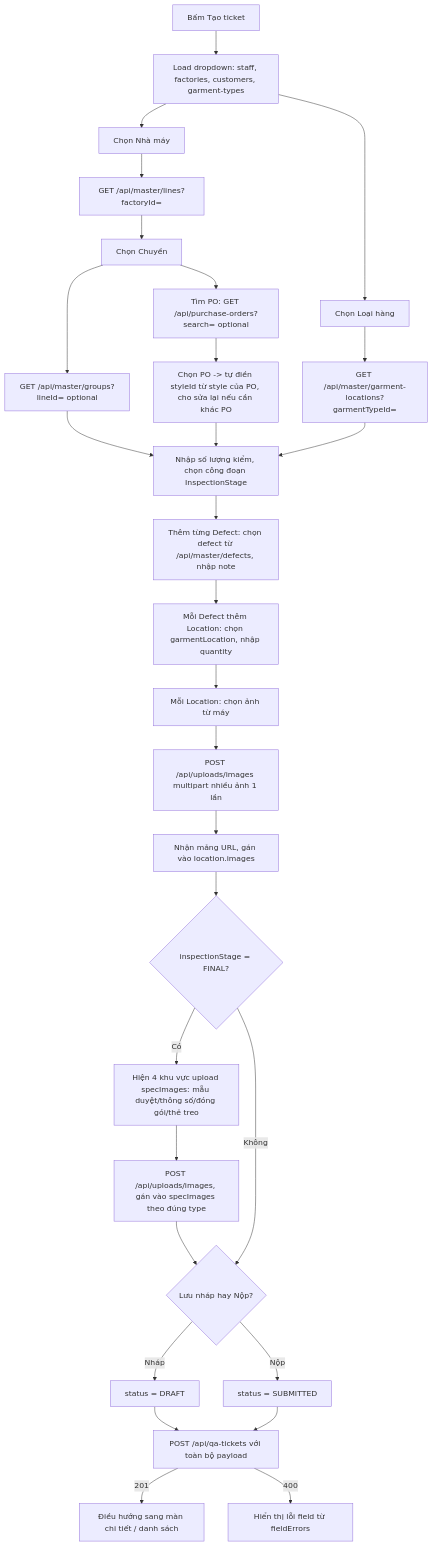
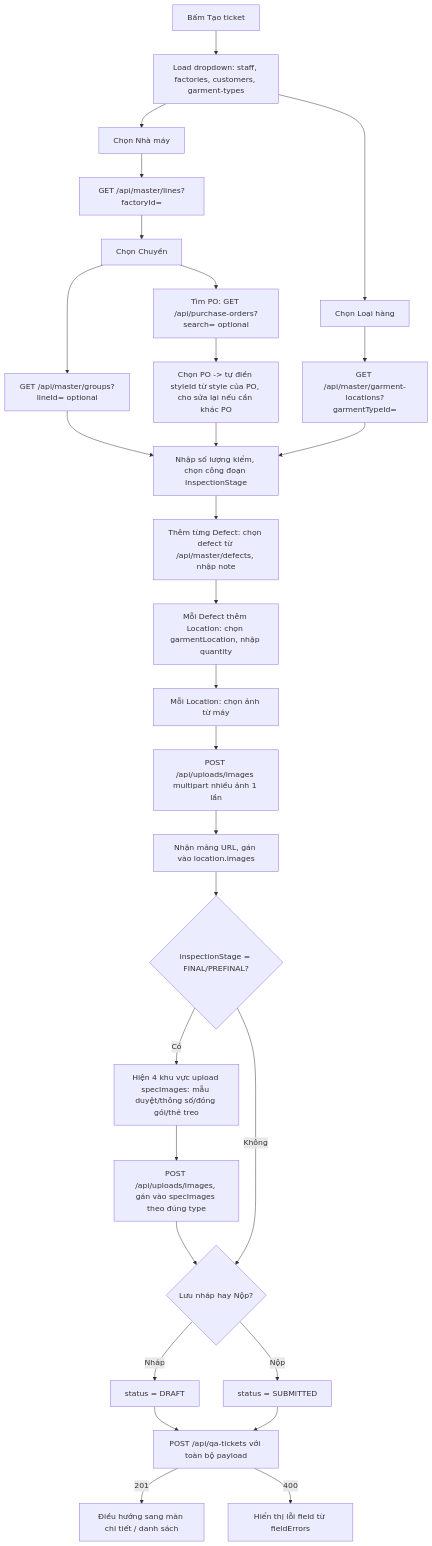
The second of 4 diagrams in frontend.md (phatbt237/qaticket_be), drawn with Mermaid before and after one commit. The commit also changed other lines of this file and 12 other files, not shown here.

First line of the commit message:
Widen inspection stages to 6-phase flow, add admin staff management APIs

````diff
--- a/frontend.md
+++ b/frontend.md
@@ -375,28 +455,28 @@
 ```mermaid
 flowchart TD
     A[Bấm Tạo ticket] --> B[Load dropdown: staff, factories, customers, garment-types]
     B --> C[Chọn Nhà máy] --> D[GET /api/master/lines?factoryId= ]
     D --> E[Chọn Chuyền] --> F[GET /api/master/groups?lineId= optional]
     E --> G[Tìm PO: GET /api/purchase-orders?search= optional]
     G --> G2[Chọn PO -> tự điền styleId từ style của PO, cho sửa lại nếu cần khác PO]
     B --> H[Chọn Loại hàng] --> I[GET /api/master/garment-locations?garmentTypeId= ]
     F --> J[Nhập số lượng kiểm, chọn công đoạn InspectionStage]
     I --> J
     G2 --> J
     J --> K[Thêm từng Defect: chọn defect từ /api/master/defects, nhập note]
     K --> L[Mỗi Defect thêm Location: chọn garmentLocation, nhập quantity]
     L --> M[Mỗi Location: chọn ảnh từ máy]
     M --> N[POST /api/uploads/images multipart nhiều ảnh 1 lần]
     N --> O[Nhận mảng URL, gán vào location.images]
-    O --> P2{inspectionStage = FINAL?}
+    O --> P2{inspectionStage = FINAL/PREFINAL?}
     P2 -- Có --> P3[Hiện 4 khu vực upload specImages: mẫu duyệt/thông số/đóng gói/thẻ treo]
     P3 --> P4[POST /api/uploads/images, gán vào specImages theo đúng type]
     P2 -- Không --> P{Lưu nháp hay Nộp?}
     P4 --> P
     P -- Nháp --> Q[status = DRAFT]
     P -- Nộp --> R[status = SUBMITTED]
     Q --> S[POST /api/qa-tickets với toàn bộ payload]
     R --> S
     S -- 201 --> T[Điều hướng sang màn chi tiết / danh sách]
     S -- 400 --> U[Hiển thị lỗi field từ fieldErrors]
 ```
````
